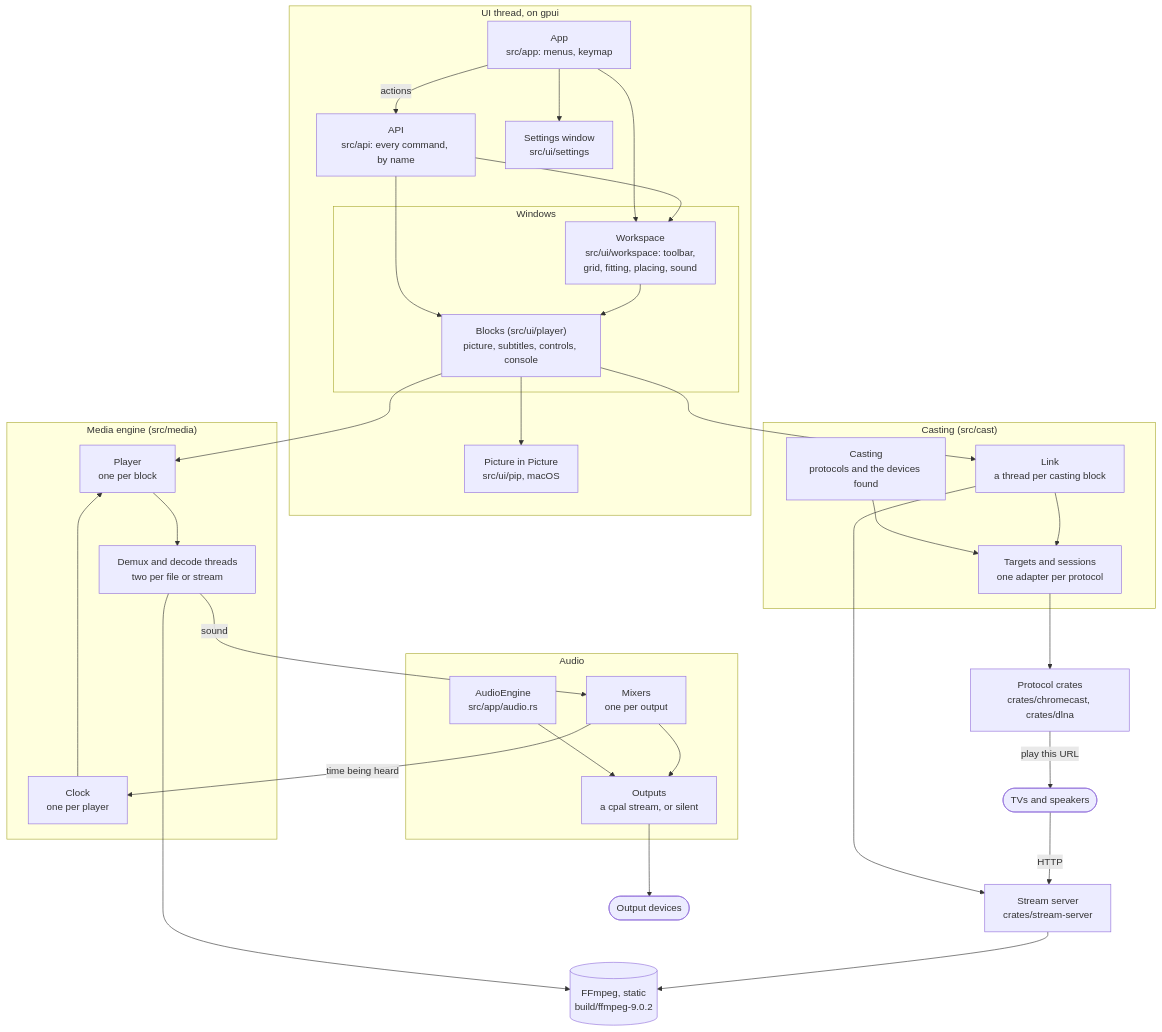
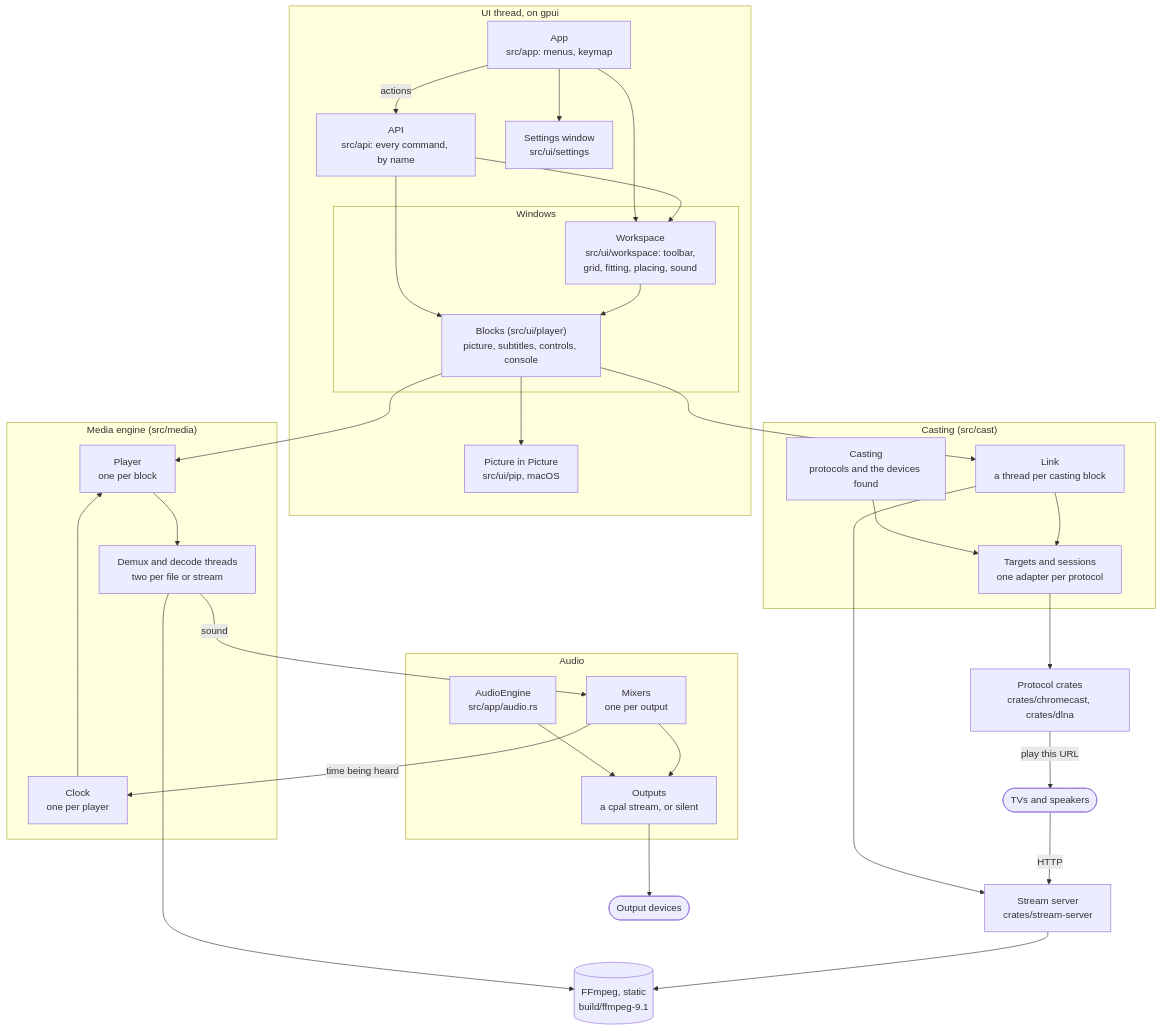
One commit to velocityzen/Plays changed the first of 10 diagrams in ARCHITECTURE.md. Above: the diagram before and after it, drawn with Mermaid. The commit also changed other lines of this file and 4 other files, not shown here.

````diff
--- a/ARCHITECTURE.md
+++ b/ARCHITECTURE.md
@@ -29,62 +29,62 @@
 ```mermaid
 flowchart TB
     subgraph uithread ["UI thread, on gpui"]
         app["App<br/>src/app: menus, keymap"]
         api["API<br/>src/api: every command, by name"]
         settings["Settings window<br/>src/ui/settings"]
         subgraph windows ["Windows"]
             workspace["Workspace<br/>src/ui/workspace: toolbar,<br/>grid, fitting, placing, sound"]
             blocks["Blocks (src/ui/player)<br/>picture, subtitles, controls, console"]
         end
         pip["Picture in Picture<br/>src/ui/pip, macOS"]
     end
 
     subgraph media ["Media engine (src/media)"]
         player["Player<br/>one per block"]
         threads["Demux and decode threads<br/>two per file or stream"]
         clock["Clock<br/>one per player"]
     end
 
     subgraph audio ["Audio"]
         engine["AudioEngine<br/>src/app/audio.rs"]
         mixers["Mixers<br/>one per output"]
         outputs["Outputs<br/>a cpal stream, or silent"]
     end
 
     subgraph cast ["Casting (src/cast)"]
         casting["Casting<br/>protocols and the devices found"]
         link["Link<br/>a thread per casting block"]
         targets["Targets and sessions<br/>one adapter per protocol"]
     end
 
     crates["Protocol crates<br/>crates/chromecast, crates/dlna"]
     server["Stream server<br/>crates/stream-server"]
-    ffmpeg[("FFmpeg, static<br/>build/ffmpeg-9.0.2")]
+    ffmpeg[("FFmpeg, static<br/>build/ffmpeg-9.1")]
     speakers(["Output devices"])
     devices(["TVs and speakers"])
 
     app --> workspace
     app --> settings
     app -->|"actions"| api
     api --> workspace
     api --> blocks
     workspace --> blocks
     blocks --> player
     blocks --> pip
     player --> threads
     threads --> ffmpeg
     threads -->|"sound"| mixers
     mixers -->|"time being heard"| clock
     clock --> player
     engine --> outputs
     mixers --> outputs
     outputs --> speakers
     blocks --> link
     casting --> targets
     link --> targets
     link --> server
     targets --> crates
     crates -->|"play this URL"| devices
     devices -->|"HTTP"| server
     server --> ffmpeg
 ```
````
